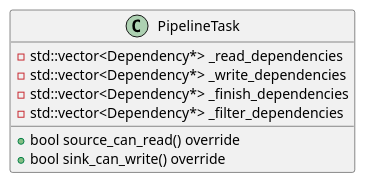
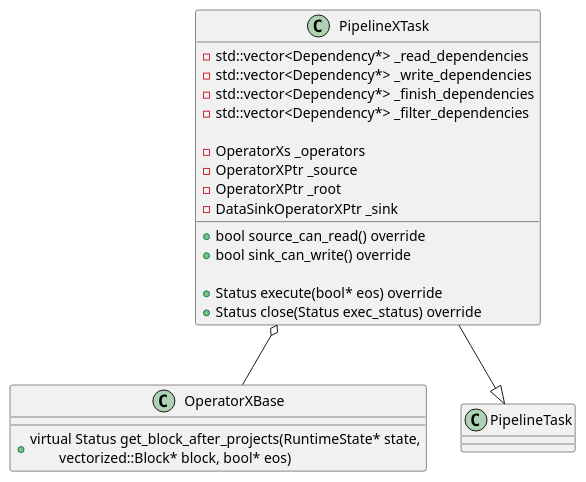
Before and after one commit to DepInjoy/geektime: the third of 4 diagrams in doc/DB/Doris/SourceRead/11_03_Exec_PipelineX.md, drawn with PlantUML. The commit also changed other lines of this file and 2 other files, not shown here.

Commit message:
Doris PipelineX

````diff
--- a/doc/DB/Doris/SourceRead/11_03_Exec_PipelineX.md
+++ b/doc/DB/Doris/SourceRead/11_03_Exec_PipelineX.md
@@ -135,13 +168,28 @@
 ```plantuml
 @startuml
-class PipelineTask {
+class PipelineXTask {
     - std::vector<Dependency*> _read_dependencies
     - std::vector<Dependency*> _write_dependencies
     - std::vector<Dependency*> _finish_dependencies
     - std::vector<Dependency*> _filter_dependencies
 
+    - OperatorXs _operators
+    - OperatorXPtr _source
+    - OperatorXPtr _root
+    - DataSinkOperatorXPtr _sink
+
     + bool source_can_read() override
     + bool sink_can_write() override
+
+    + Status execute(bool* eos) override
+    + Status close(Status exec_status) override
 }
+
+class OperatorXBase {
+    + virtual Status get_block_after_projects(RuntimeState* state,\n\tvectorized::Block* block, bool* eos)
+}
+
+PipelineXTask -down-|> PipelineTask
+OperatorXBase -up-o PipelineXTask
 @enduml
 ```
````
